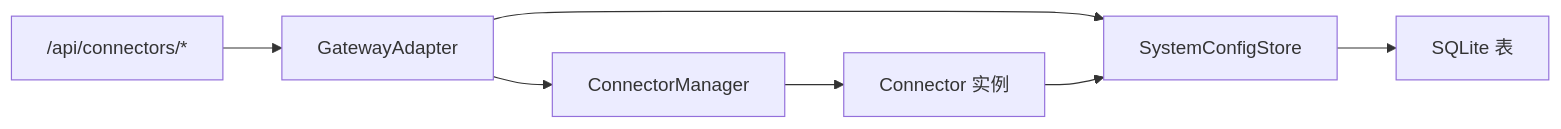
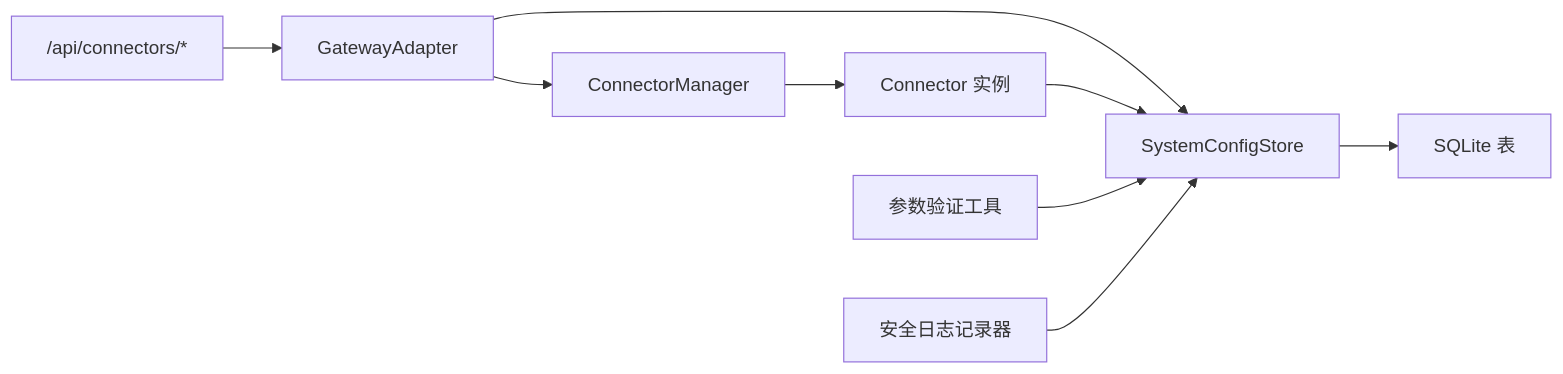
One commit to HEROhuqinchao/deepbot changed the sixth of 6 diagrams in .qoder/repowiki/zh/content/配置管理系统/连接器配置管理.md. Above: the diagram before and after it, drawn with Mermaid. The commit also changed other lines of this file and 5 other files, not shown here.

````diff
--- a/.qoder/repowiki/zh/content/配置管理系统/连接器配置管理.md
+++ b/.qoder/repowiki/zh/content/配置管理系统/连接器配置管理.md
@@ -308,9 +353,11 @@
 ```mermaid
 graph LR
 Router["/api/connectors/*"] --> Adapter["GatewayAdapter"]
 Adapter --> Store["SystemConfigStore"]
 Store --> DB["SQLite 表"]
 Adapter --> Manager["ConnectorManager"]
 Manager --> Conn["Connector 实例"]
 Conn --> Store
+Validation["参数验证工具"] --> Store
+Logger["安全日志记录器"] --> Store
 ```
````
